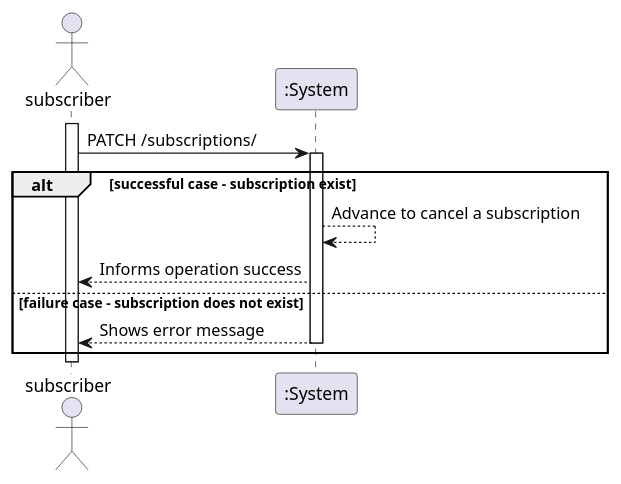
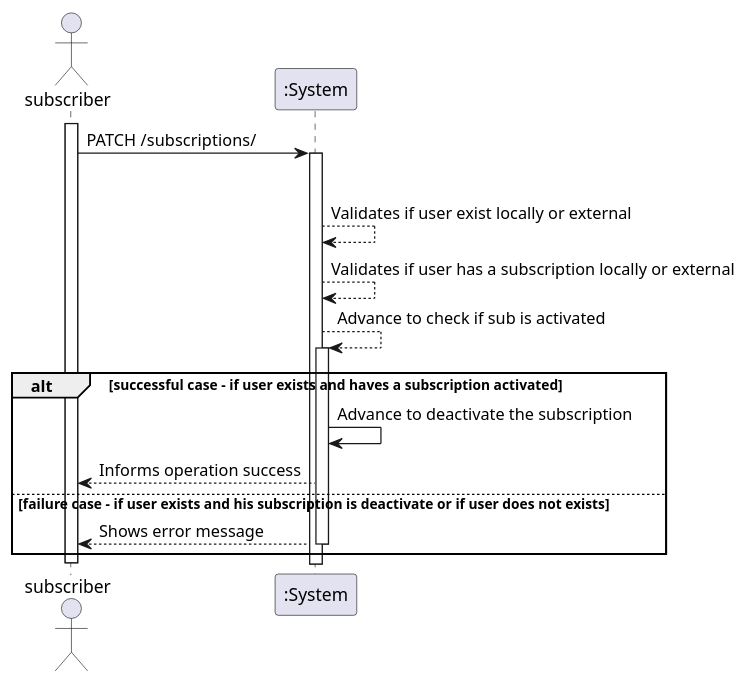
Before and after one commit to IsepMartimOliveira/SIDIS: the diagram in docs_sidis/Subs/UC08 - CancelSub/UC08-SSD.puml, drawn with PlantUML. The commit also changed 35 other files, not shown here.

```diff
--- a/docs_sidis/Subs/UC08 - CancelSub/UC08-SSD.puml
+++ b/docs_sidis/Subs/UC08 - CancelSub/UC08-SSD.puml
@@ -1,20 +1,26 @@
 @startuml
 'https://plantuml.com/sequence-diagram
 actor "subscriber" as MD
 
 activate MD
 MD -> ":System" : PATCH /subscriptions/
 
 alt successful case - subscription exist
 activate ":System"
-":System" --> ":System" : Advance to cancel a subscription
+":System" --> ":System" : Validates if user exist locally or external
+":System" --> ":System" : Validates if user has a subscription locally or external
+":System" --> ":System" : Advance to check if sub is activated
+
+alt successful case - if user exists and haves a subscription activated
+activate ":System"
+":System" -> ":System" : Advance to deactivate the subscription
 ":System" --> MD : Informs operation success
 
-
-else failure case - subscription does not exist
+else failure case - if user exists and his subscription is deactivate or if user does not exists
 
 ":System" --> MD : Shows error message
 deactivate ":System"
+
 end
 deactivate MD
 @enduml
```
